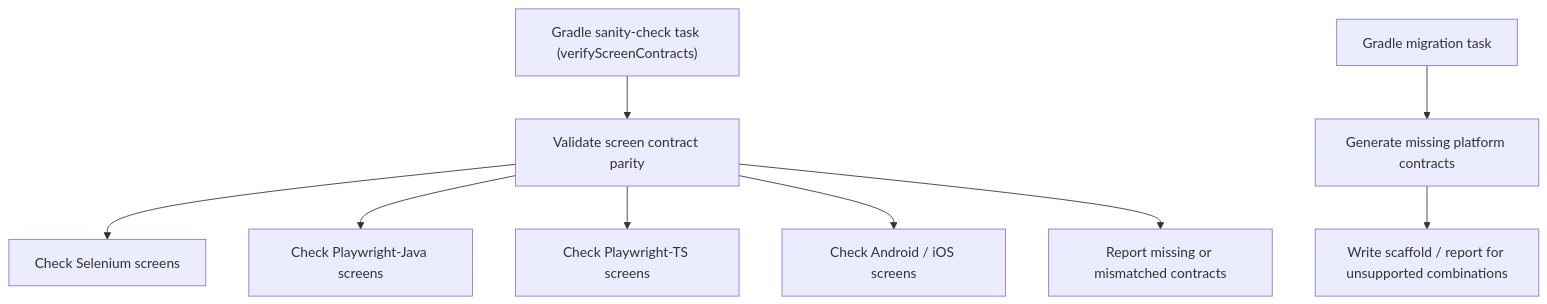
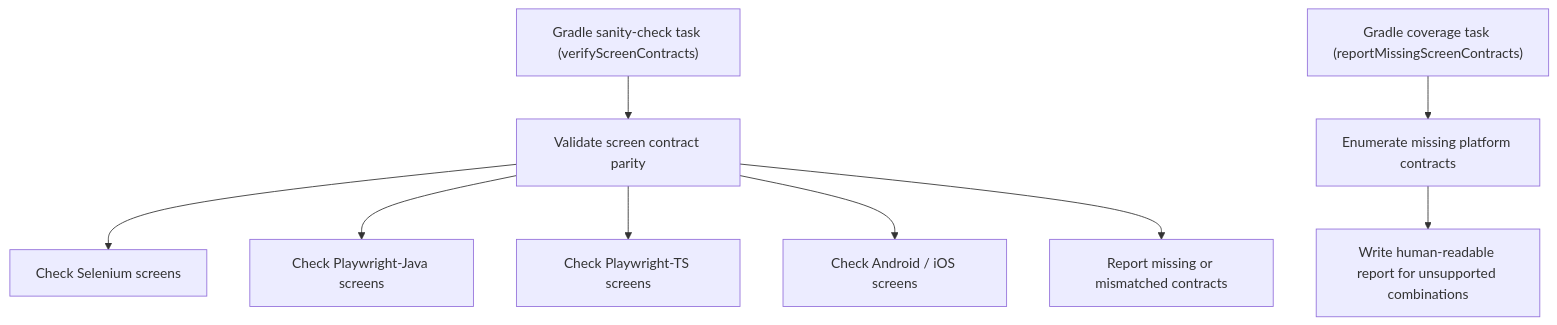
The third of 3 diagrams in docs/Architecture-README.md (znsio/teswiz), drawn with Mermaid before and after one commit. The commit also changed 12 other files, not shown here.

Commit message:
Add missing screen contract coverage report

````diff
--- a/docs/Architecture-README.md
+++ b/docs/Architecture-README.md
@@ -80,12 +80,12 @@
 ```mermaid
 flowchart TD
     G["Gradle sanity-check task (verifyScreenContracts)"] --> C[Validate screen contract parity]
     C --> S1[Check Selenium screens]
     C --> S2[Check Playwright-Java screens]
     C --> S3[Check Playwright-TS screens]
     C --> S4[Check Android / iOS screens]
     C --> R[Report missing or mismatched contracts]
 
-    M[Gradle migration task] --> B[Generate missing platform contracts]
-    B --> OUT[Write scaffold / report for unsupported combinations]
+    M["Gradle coverage task (reportMissingScreenContracts)"] --> B[Enumerate missing platform contracts]
+    B --> OUT[Write human-readable report for unsupported combinations]
 ```
````
